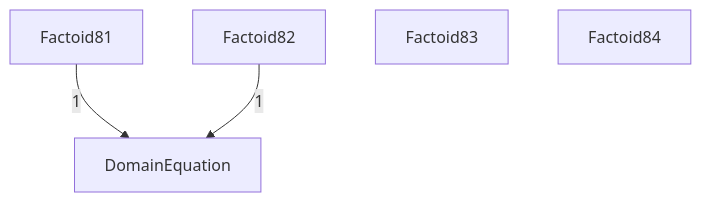
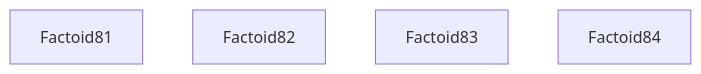
The diagram in DomainTheory/InformationSystems/SomeDomainEquations/SomeDomainEquations.mermaid (catskillsresearch/DomainTheory), drawn with Mermaid before and after one commit. The commit also changed 11 other files, not shown here.

```diff
--- a/DomainTheory/InformationSystems/SomeDomainEquations/SomeDomainEquations.mermaid
+++ b/DomainTheory/InformationSystems/SomeDomainEquations/SomeDomainEquations.mermaid
@@ -1,16 +1,13 @@
 %% Inside SomeDomainEquations. A box is one Lean file in this folder, or one subfolder.
 %% A box named as another folder is that whole folder. A box named as another chapter is that whole chapter.
 %% The arrowhead points at the file or folder that imports. The label is how many direct imports.
 flowchart TB
 
-  N8["DomainEquation"]
   N5["Factoid81"]
   N7["Factoid82"]
   N10["Factoid83"]
   N12["Factoid84"]
 
-  N5 -->|"1"| N8
-  N7 -->|"1"| N8
 
   classDef file fill:#dbeafe,stroke:#1d4ed8,color:#1e3a8a
   classDef ext fill:#f3f4f6,stroke:#374151,color:#111827
```
